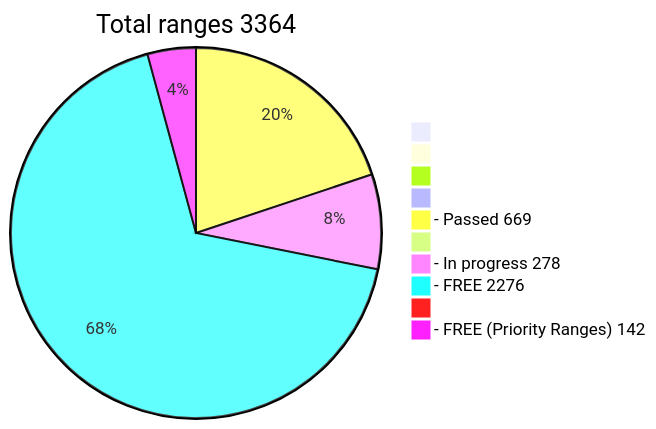
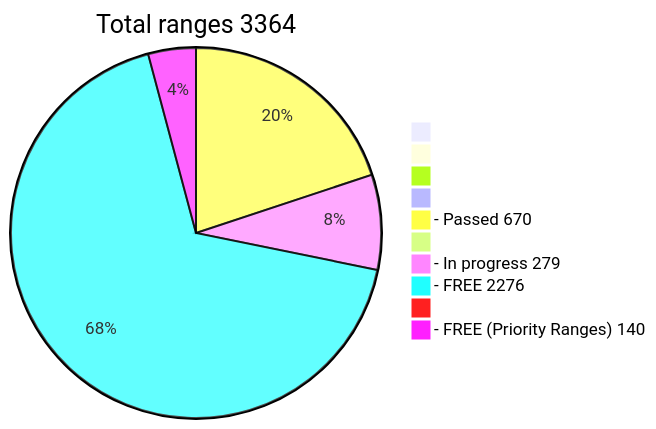
The diagram in README.md (phrutis/wif500), drawn with Mermaid before and after one commit.

````diff
--- a/README.md
+++ b/README.md
@@ -16,13 +16,13 @@
 ```mermaid
 pie title Total ranges 3364
              " " : 0
             "  " : 0
            "   " : 0
           "    " : 0
-  "- Passed 669" : 669
+  "- Passed 670" : 670
          "     " : 0
-  "- In progress 278" : 278
+  "- In progress 279" : 279
    "- FREE 2276" : 2276
         "      " : 0
-  "- FREE (Priority Ranges) 142" : 142
+  "- FREE (Priority Ranges) 140" : 140
 ```
````
